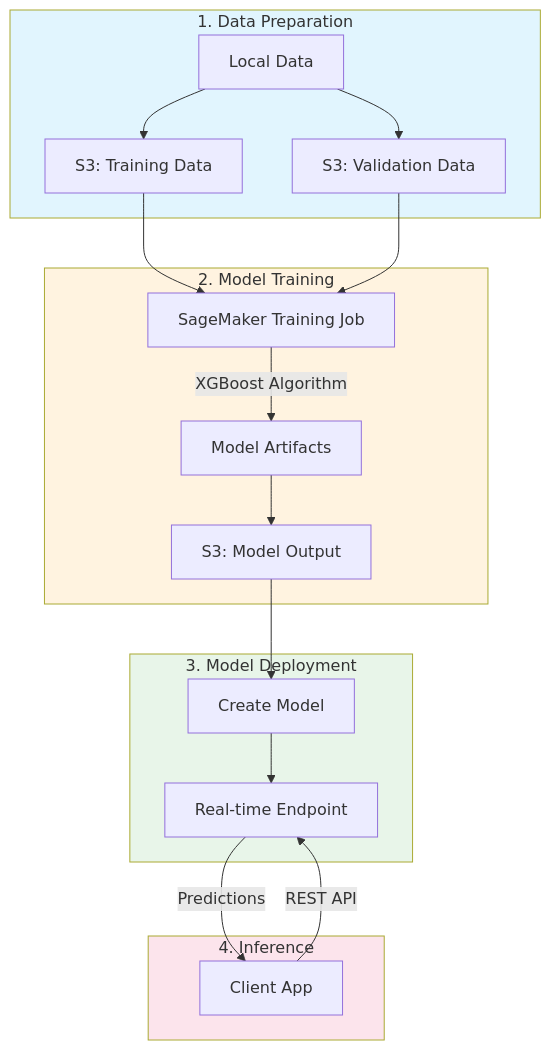
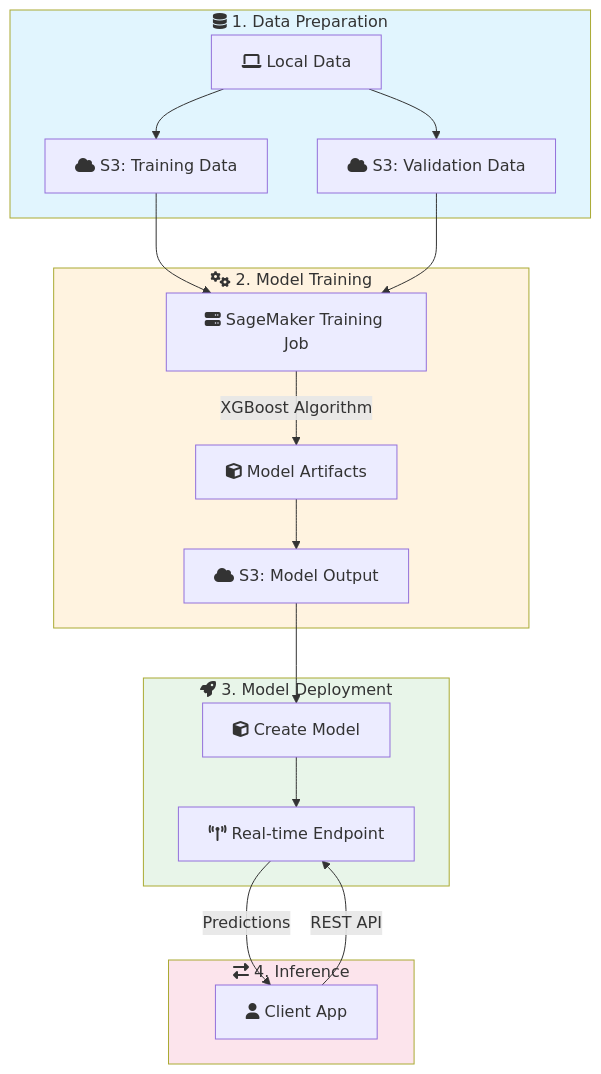
Before and after one commit to vinu76jsr/aws-sample-projects: the first of 2 diagrams in aws-ml-associate-prep/01-sagemaker-basics/LAB.md, drawn with Mermaid. The commit also changed other lines of this file and 15 other files, not shown here.

First line of the commit message:
Add Font Awesome icons to all Mermaid diagrams

````diff
--- a/aws-ml-associate-prep/01-sagemaker-basics/LAB.md
+++ b/aws-ml-associate-prep/01-sagemaker-basics/LAB.md
@@ -14,29 +14,29 @@
 ```mermaid
 flowchart TB
-    subgraph Preparation["1. Data Preparation"]
-        Local[Local Data] --> S3Train[S3: Training Data]
-        Local --> S3Val[S3: Validation Data]
+    subgraph Preparation["fa:fa-database 1. Data Preparation"]
+        Local[fa:fa-laptop Local Data] --> S3Train[fa:fa-cloud S3: Training Data]
+        Local --> S3Val[fa:fa-cloud S3: Validation Data]
     end
 
-    subgraph Training["2. Model Training"]
-        S3Train --> TrainJob[SageMaker Training Job]
+    subgraph Training["fa:fa-cogs 2. Model Training"]
+        S3Train --> TrainJob[fa:fa-server SageMaker Training Job]
         S3Val --> TrainJob
-        TrainJob --> |XGBoost Algorithm| Model[Model Artifacts]
-        Model --> S3Model[S3: Model Output]
+        TrainJob --> |XGBoost Algorithm| Model[fa:fa-cube Model Artifacts]
+        Model --> S3Model[fa:fa-cloud S3: Model Output]
     end
 
-    subgraph Deployment["3. Model Deployment"]
-        S3Model --> CreateModel[Create Model]
-        CreateModel --> Endpoint[Real-time Endpoint]
+    subgraph Deployment["fa:fa-rocket 3. Model Deployment"]
+        S3Model --> CreateModel[fa:fa-cube Create Model]
+        CreateModel --> Endpoint[fa:fa-broadcast-tower Real-time Endpoint]
     end
 
-    subgraph Inference["4. Inference"]
-        Client[Client App] --> |REST API| Endpoint
+    subgraph Inference["fa:fa-exchange-alt 4. Inference"]
+        Client[fa:fa-user Client App] --> |REST API| Endpoint
         Endpoint --> |Predictions| Client
     end
 
     style Preparation fill:#e1f5fe
     style Training fill:#fff3e0
     style Deployment fill:#e8f5e9
     style Inference fill:#fce4ec
 ```
````
